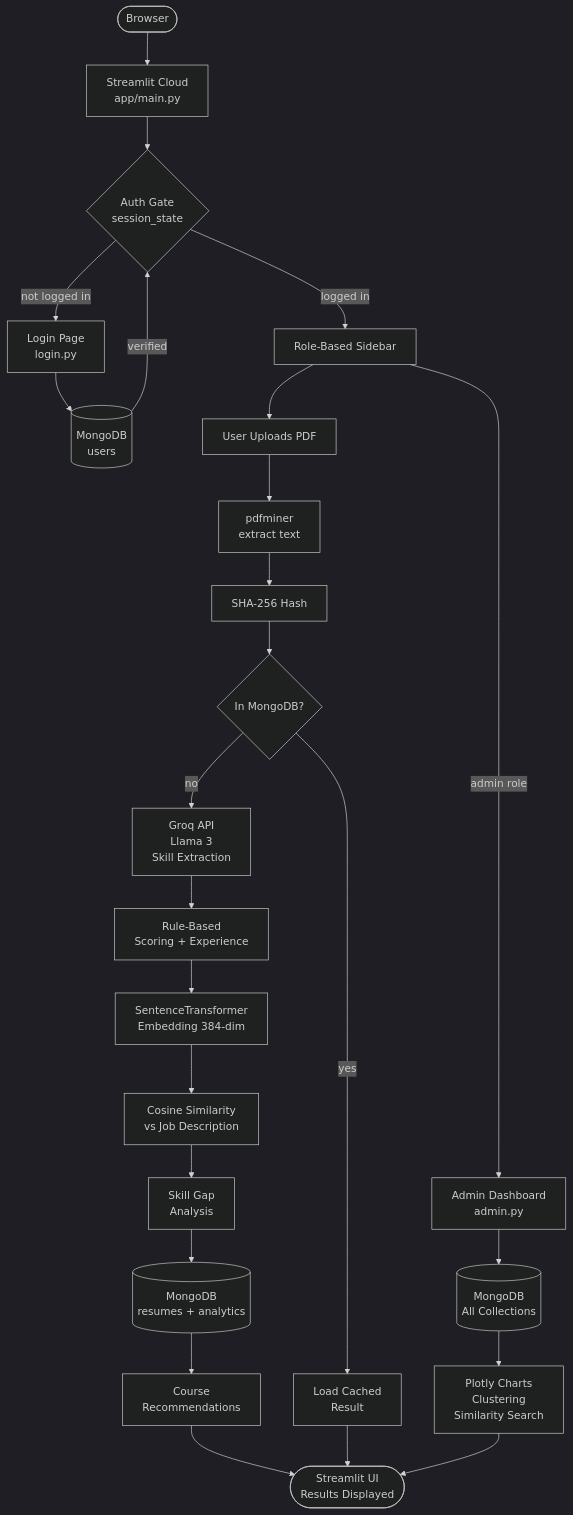
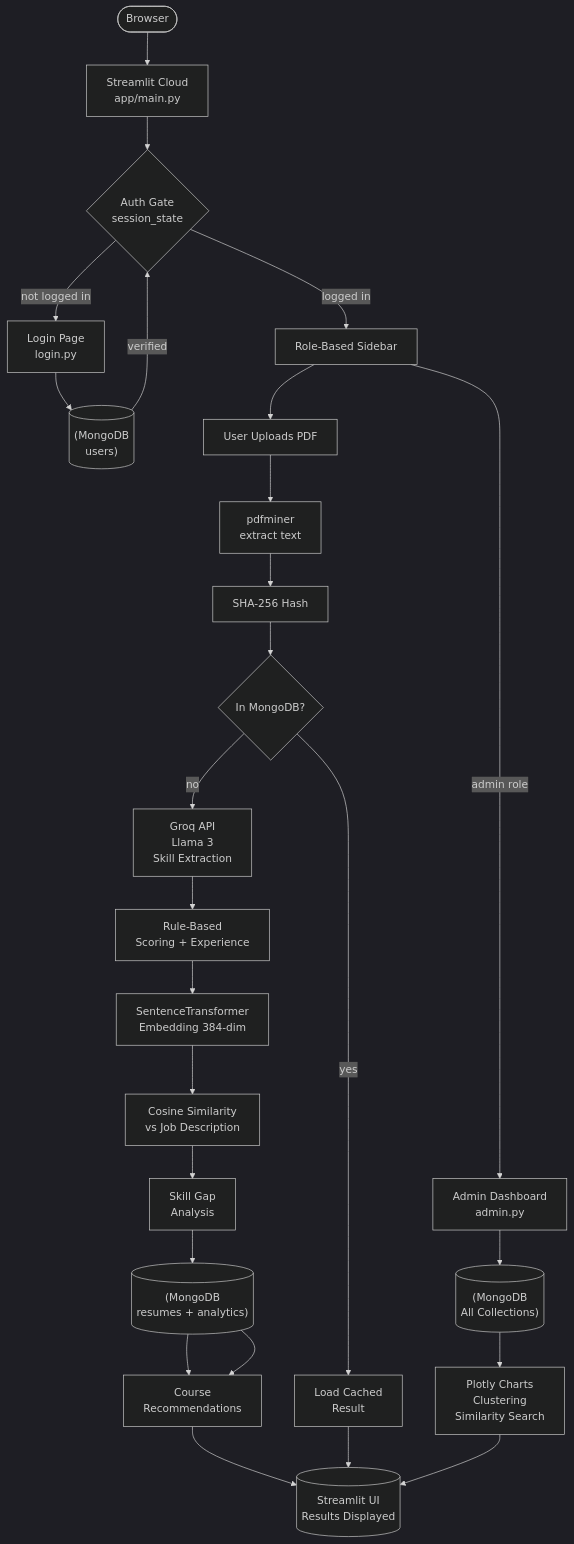
Before and after one commit to chidvi123/AI_Resume_Analyzer: the sixth of 7 diagrams in docs/PROJECT_FLOW.md, drawn with Mermaid (dark theme). The commit also changed other lines of this file, not shown here.

Commit message:
Fix Mermaid diagram formatting in PROJECT_FLOW.md for markdown preview

````diff
--- a/docs/PROJECT_FLOW.md
+++ b/docs/PROJECT_FLOW.md
@@ -415,28 +415,29 @@
 ```mermaid
 flowchart TD
-    Browser([Browser]) --> SL[Streamlit Cloud\napp/main.py]
-    SL --> AG{Auth Gate\nsession_state}
-    AG -- not logged in --> LP[Login Page\nlogin.py]
-    LP --> MDB1[(MongoDB\nusers)]
+    Browser([Browser]) --> SL["Streamlit Cloud<br/>app/main.py"]
+    SL --> AG{"Auth Gate<br/>session_state"}
+    AG -- "not logged in" --> LP["Login Page<br/>login.py"]
+    LP --> MDB1[("(MongoDB<br/>users)")]
     MDB1 -- verified --> AG
-    AG -- logged in --> NAV[Role-Based Sidebar]
-    NAV --> UP[User Uploads PDF]
-    UP --> PDF[pdfminer\nextract text]
-    PDF --> HASH[SHA-256 Hash]
-    HASH --> DUP{In MongoDB?}
-    DUP -- yes --> CACHE[Load Cached\nResult]
-    DUP -- no --> GROQ[Groq API\nLlama 3\nSkill Extraction]
-    GROQ --> RULES[Rule-Based\nScoring + Experience]
-    RULES --> ST[SentenceTransformer\nEmbedding 384-dim]
-    ST --> COS[Cosine Similarity\nvs Job Description]
-    COS --> SKGAP[Skill Gap\nAnalysis]
-    SKGAP --> SAVE[(MongoDB\nresumes + analytics)]
-    SAVE --> REC[Course\nRecommendations]
-    REC --> UI([Streamlit UI\nResults Displayed])
+    AG -- "logged in" --> NAV["Role-Based Sidebar"]
+    NAV --> UP["User Uploads PDF"]
+    UP --> PDF["pdfminer<br/>extract text"]
+    PDF --> HASH["SHA-256 Hash"]
+    HASH --> DUP{"In MongoDB?"}
+    DUP -- yes --> CACHE["Load Cached<br/>Result"]
+    DUP -- no --> GROQ["Groq API<br/>Llama 3<br/>Skill Extraction"]
+    GROQ --> RULES["Rule-Based<br/>Scoring + Experience"]
+    RULES --> ST["SentenceTransformer<br/>Embedding 384-dim"]
+    ST --> COS["Cosine Similarity<br/>vs Job Description"]
+    COS --> SKGAP["Skill Gap<br/>Analysis"]
+    SKGAP --> SAVE[("(MongoDB<br/>resumes + analytics)")]
+    SAVE --> REC["Course<br/>Recommendations"]
+    SAVE --> REC
+    REC --> UI[("Streamlit UI<br/>Results Displayed")]
     CACHE --> UI
 
-    NAV -- admin role --> ADMIN[Admin Dashboard\nadmin.py]
-    ADMIN --> MDB2[(MongoDB\nAll Collections)]
-    MDB2 --> CHARTS[Plotly Charts\nClustering\nSimilarity Search]
+    NAV -- "admin role" --> ADMIN["Admin Dashboard<br/>admin.py"]
+    ADMIN --> MDB2[("(MongoDB<br/>All Collections)")]
+    MDB2 --> CHARTS["Plotly Charts<br/>Clustering<br/>Similarity Search"]
     CHARTS --> UI
 ```
````
